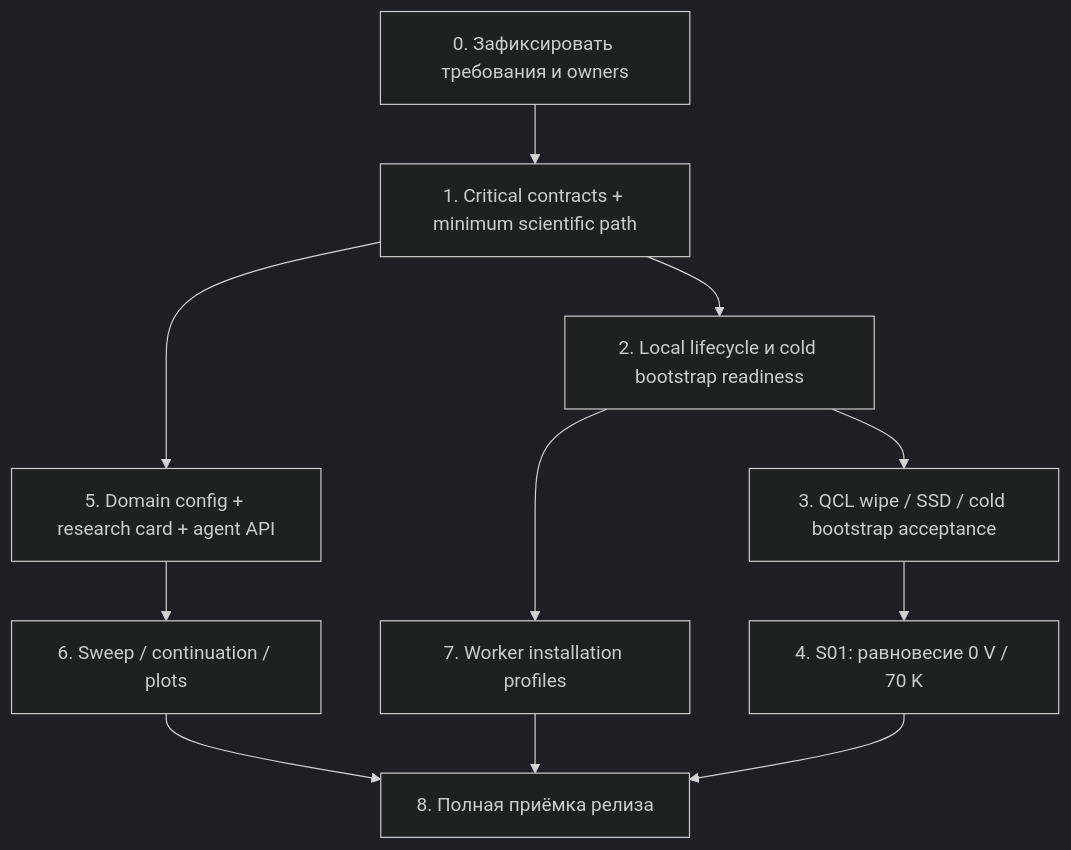
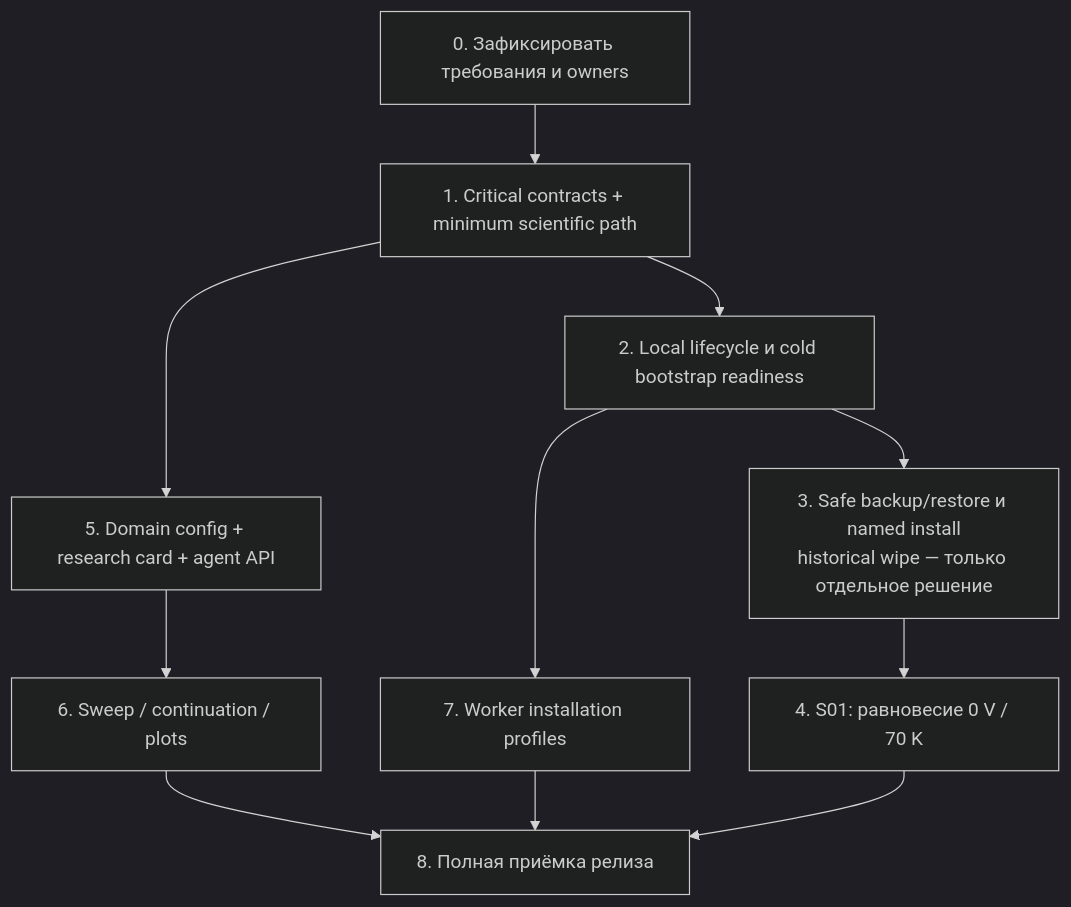
The diagram in docs/system/release-roadmap.md (Afonenko-QCL-NEGF/qcl-negf), drawn with Mermaid (dark theme) before and after one commit. The commit also changed other lines of this file and 58 other files, not shown here.

````diff
--- a/docs/system/release-roadmap.md
+++ b/docs/system/release-roadmap.md
@@ -75,13 +78,13 @@
 ```mermaid
 flowchart TD
   A[0. Зафиксировать требования и owners] --> B[1. Critical contracts + minimum scientific path]
   B --> C[2. Local lifecycle и cold bootstrap readiness]
-  C --> D[3. QCL wipe / SSD / cold bootstrap acceptance]
+  C --> D[3. Safe backup/restore и named install<br/>historical wipe — только отдельное решение]
   D --> E[4. S01: равновесие 0 V / 70 K]
   B --> F[5. Domain config + research card + agent API]
   F --> G[6. Sweep / continuation / plots]
   C --> H[7. Worker installation profiles]
   G --> I[8. Полная приёмка релиза]
   H --> I
   E --> I
 ```
````
